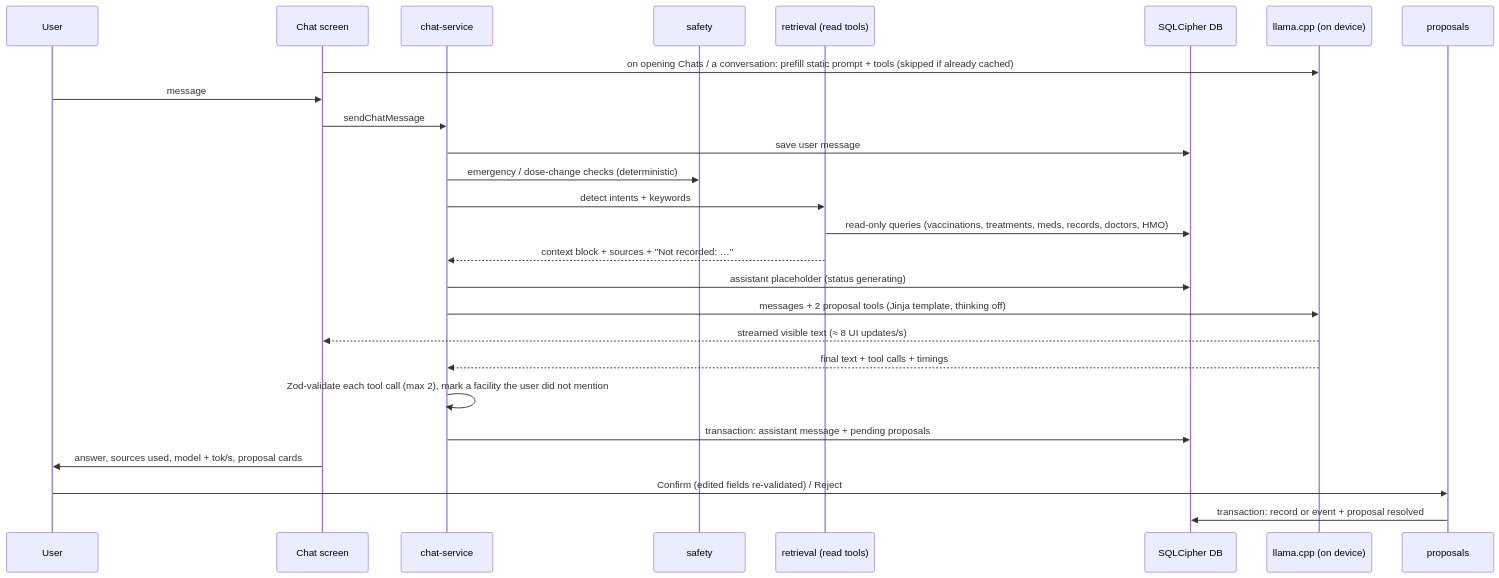
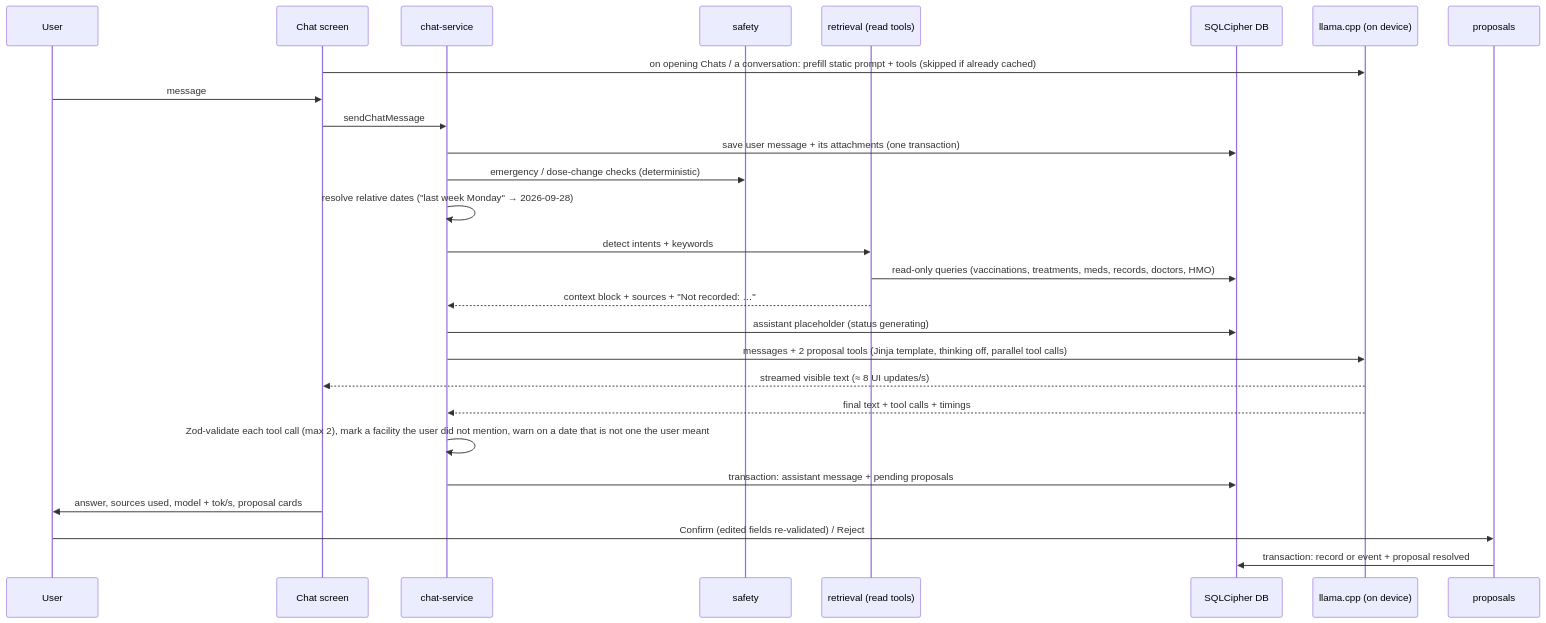
The second of 3 diagrams in docs/LOCAL_AI_ARCHITECTURE.md (winterwind999/doc-pawi), drawn with Mermaid before and after one commit. The commit also changed other lines of this file and 11 other files, not shown here.

````diff
--- a/docs/LOCAL_AI_ARCHITECTURE.md
+++ b/docs/LOCAL_AI_ARCHITECTURE.md
@@ -49,28 +49,29 @@
 ```mermaid
 sequenceDiagram
   participant U as User
   participant UI as Chat screen
   participant CS as chat-service
   participant S as safety
   participant R as retrieval (read tools)
   participant DB as SQLCipher DB
   participant M as llama.cpp (on device)
   participant P as proposals
   UI->>M: on opening Chats / a conversation: prefill static prompt + tools (skipped if already cached)
   U->>UI: message
   UI->>CS: sendChatMessage
-  CS->>DB: save user message
+  CS->>DB: save user message + its attachments (one transaction)
   CS->>S: emergency / dose-change checks (deterministic)
+  CS->>CS: resolve relative dates ("last week Monday" → 2026-09-28)
   CS->>R: detect intents + keywords
   R->>DB: read-only queries (vaccinations, treatments, meds, records, doctors, HMO)
   R-->>CS: context block + sources + "Not recorded: …"
   CS->>DB: assistant placeholder (status generating)
-  CS->>M: messages + 2 proposal tools (Jinja template, thinking off)
+  CS->>M: messages + 2 proposal tools (Jinja template, thinking off, parallel tool calls)
   M-->>UI: streamed visible text (≈ 8 UI updates/s)
   M-->>CS: final text + tool calls + timings
-  CS->>CS: Zod-validate each tool call (max 2), mark a facility the user did not mention
+  CS->>CS: Zod-validate each tool call (max 2), mark a facility the user did not mention, warn on a date that is not one the user meant
   CS->>DB: transaction: assistant message + pending proposals
   UI->>U: answer, sources used, model + tok/s, proposal cards
   U->>P: Confirm (edited fields re-validated) / Reject
   P->>DB: transaction: record or event + proposal resolved
 ```
````
